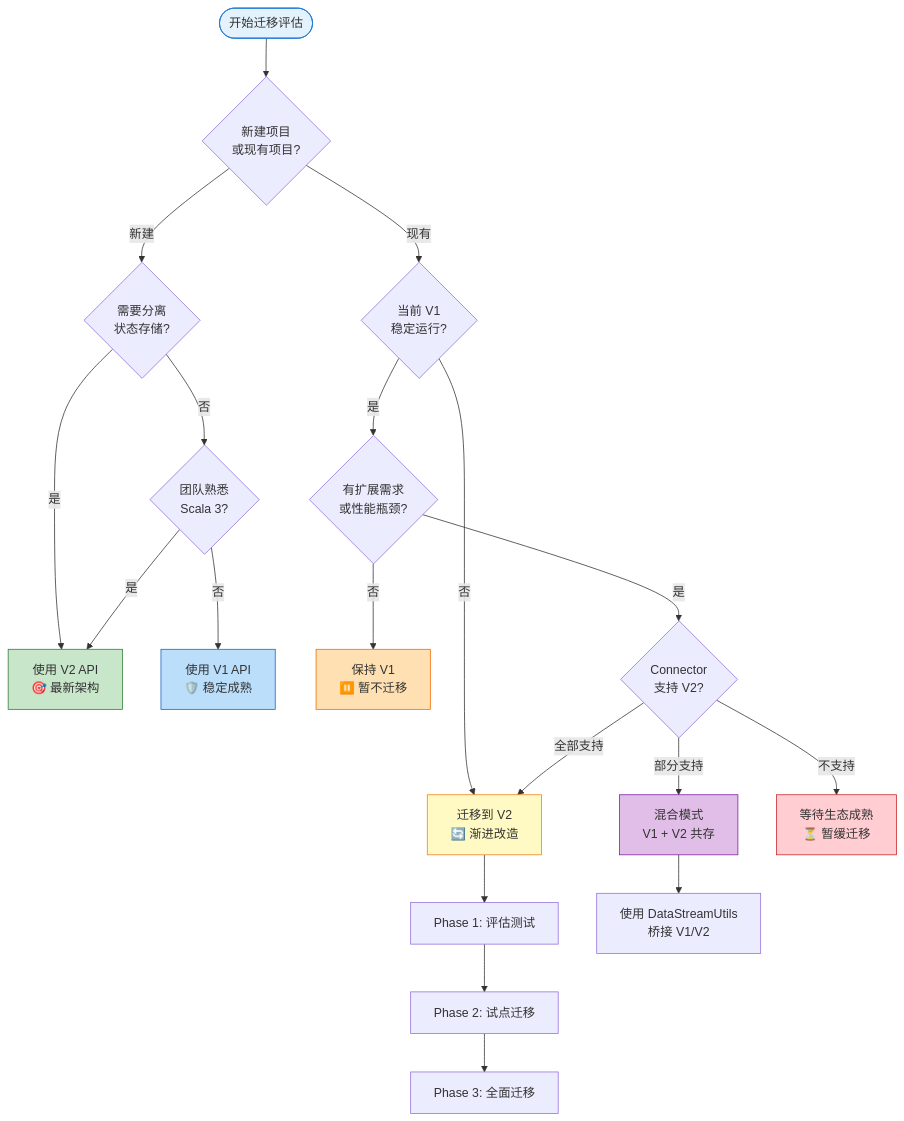
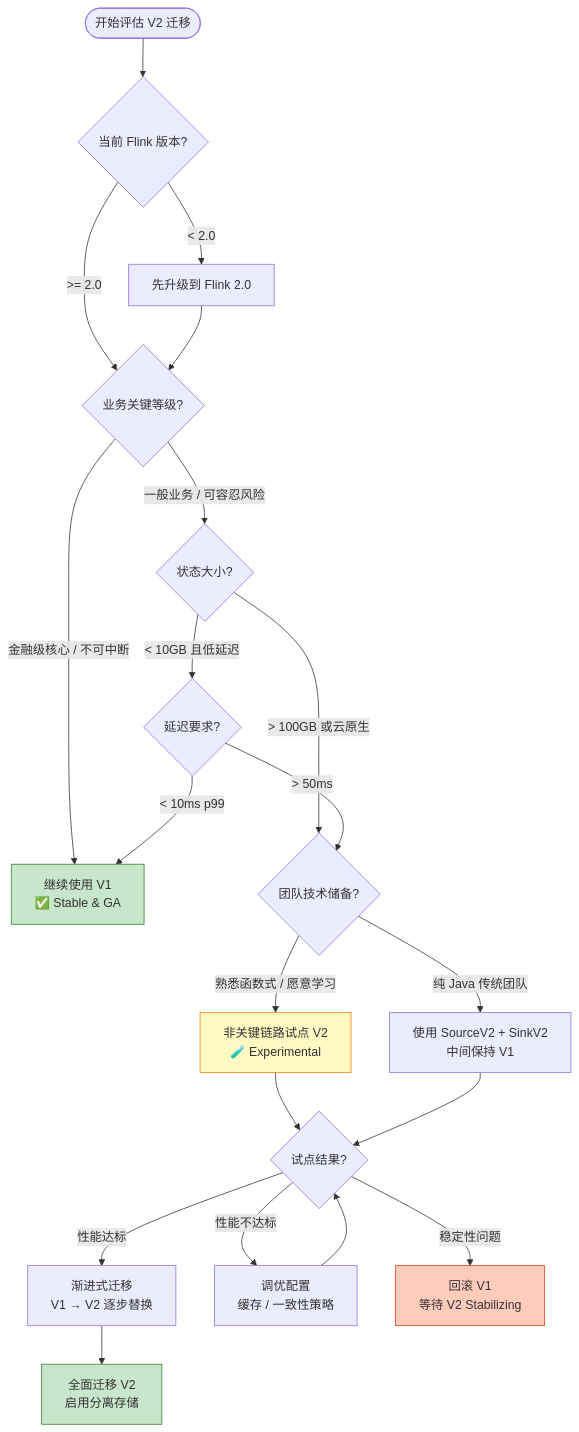
Before and after one commit to AdaMartin18010/AnalysisDataFlow: the third of 5 diagrams in Flink/03-api/09-language-foundations/datastream-v2-api-complete-guide.md, drawn with Mermaid. The commit also changed other lines of this file and 18 other files, not shown here.

````diff
--- a/Flink/03-api/09-language-foundations/datastream-v2-api-complete-guide.md
+++ b/Flink/03-api/09-language-foundations/datastream-v2-api-complete-guide.md
@@ -2021,37 +1597,36 @@
 ```mermaid
 flowchart TD
-    START([开始迁移评估]) --> Q1{新建项目<br/>或现有项目?}
+    START([开始评估 V2 迁移]) --> Q1{当前 Flink 版本?}
 
-    Q1 -->|新建| Q2{需要分离<br/>状态存储?}
-    Q1 -->|现有| Q3{当前 V1<br/>稳定运行?}
+    Q1 -->|< 2.0| UPGRADE[先升级到 Flink 2.0]
+    Q1 -->|>= 2.0| Q2{业务关键等级?}
 
-    Q2 -->|是| V2_NEW["使用 V2 API<br/>🎯 最新架构"]
-    Q2 -->|否| Q4{团队熟悉<br/>Scala 3?}
+    UPGRADE --> Q2
 
-    Q4 -->|是| V2_NEW
-    Q4 -->|否| V1_NEW["使用 V1 API<br/>🛡️ 稳定成熟"]
+    Q2 -->|金融级核心 / 不可中断| STAY_V1[继续使用 V1<br/>✅ Stable & GA]
+    Q2 -->|一般业务 / 可容忍风险| Q3{状态大小?}
 
-    Q3 -->|是| Q5{有扩展需求<br/>或性能瓶颈?}
-    Q3 -->|否| MIGRATE["迁移到 V2<br/>🔄 渐进改造"]
+    Q3 -->|< 10GB 且低延迟| Q4{延迟要求?}
+    Q3 -->|> 100GB 或云原生| Q5{团队技术储备?}
 
-    Q5 -->|否| KEEP_V1["保持 V1<br/>⏸️ 暂不迁移"]
-    Q5 -->|是| Q6{Connector<br/>支持 V2?}
+    Q4 -->|< 10ms p99| STAY_V1
+    Q4 -->|> 50ms| Q5
 
-    Q6 -->|全部支持| MIGRATE
-    Q6 -->|部分支持| HYBRID["混合模式<br/>V1 + V2 共存"]
-    Q6 -->|不支持| WAIT["等待生态成熟<br/>⏳ 暂缓迁移"]
+    Q5 -->|熟悉函数式 / 愿意学习| PILOT_V2[非关键链路试点 V2<br/>🧪 Experimental]
+    Q5 -->|纯 Java 传统团队| HYBRID[使用 SourceV2 + SinkV2<br/>中间保持 V1]
 
-    MIGRATE --> PHASE1["Phase 1: 评估测试"]
-    PHASE1 --> PHASE2["Phase 2: 试点迁移"]
-    PHASE2 --> PHASE3["Phase 3: 全面迁移"]
+    PILOT_V2 --> Q6{试点结果?}
+    HYBRID --> Q6
 
-    HYBRID --> BRIDGE["使用 DataStreamUtils<br/>桥接 V1/V2"]
+    Q6 -->|性能达标| GRADUAL[渐进式迁移<br/>V1 → V2 逐步替换]
+    Q6 -->|性能不达标| TUNE[调优配置<br/>缓存 / 一致性策略]
+    Q6 -->|稳定性问题| ROLLBACK[回滚 V1<br/>等待 V2 Stabilizing]
 
-    style START fill:#e3f2fd,stroke:#1976d2
-    style V2_NEW fill:#c8e6c9,stroke:#2e7d32
-    style V1_NEW fill:#bbdefb,stroke:#1565c0
-    style KEEP_V1 fill:#ffe0b2,stroke:#ef6c00
-    style MIGRATE fill:#fff9c4,stroke:#f57f17
-    style HYBRID fill:#e1bee7,stroke:#7b1fa2
-    style WAIT fill:#ffcdd2,stroke:#c62828
+    TUNE --> Q6
+    GRADUAL --> FULL_V2[全面迁移 V2<br/>启用分离存储]
+
+    style STAY_V1 fill:#c8e6c9,stroke:#2e7d32
+    style FULL_V2 fill:#c8e6c9,stroke:#2e7d32
+    style PILOT_V2 fill:#fff9c4,stroke:#f57f17
+    style ROLLBACK fill:#ffccbc,stroke:#d84315
 ```
````
